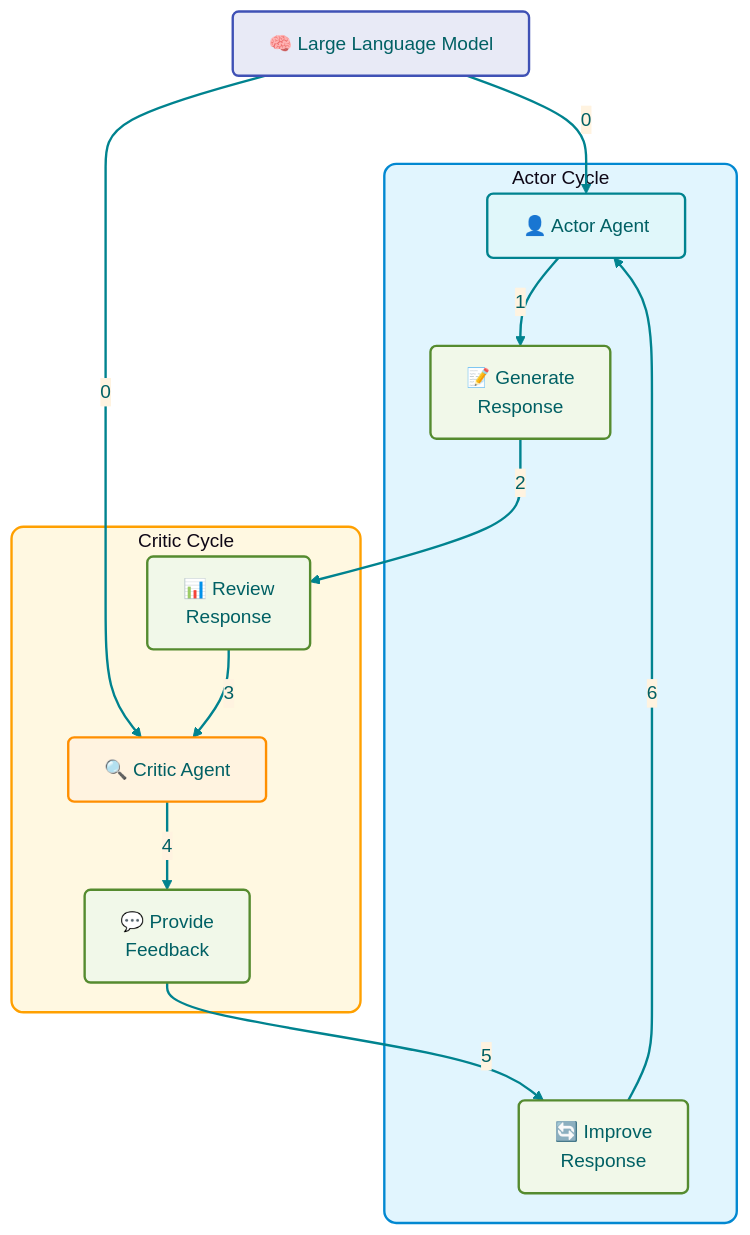
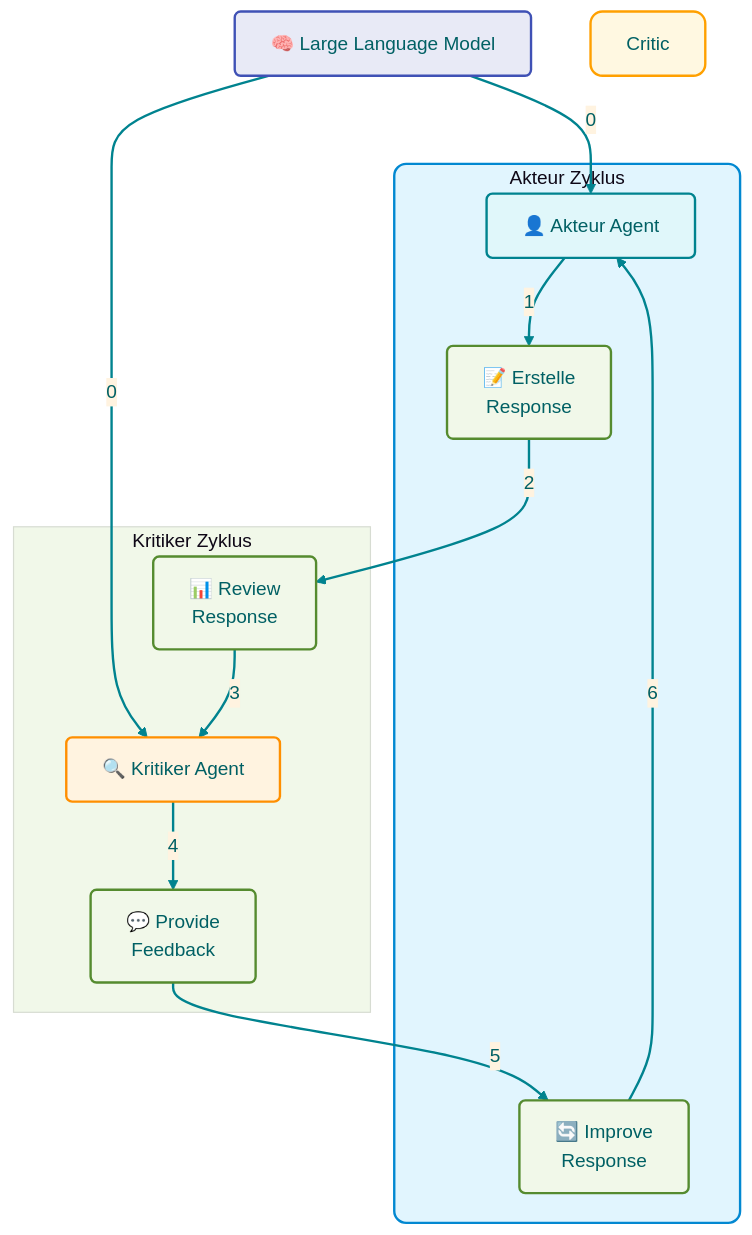
One commit to achimdehnert/Agentic-Workflow-Patterns changed the diagram in mermaid/reflection.mmd. Above: the diagram before and after it, drawn with Mermaid.

Commit message:
language test

```diff
--- a/mermaid/reflection.mmd
+++ b/mermaid/reflection.mmd
@@ -1,48 +1,48 @@
 %%{init: {
   'theme': 'base',
   'themeVariables': {
     'primaryColor': '#e0f7fa',
     'primaryTextColor': '#006064',
     'primaryBorderColor': '#00838f',
     'lineColor': '#00838f',
     'secondaryColor': '#fff3e0',
     'tertiaryColor': '#f1f8e9',
     'fontFamily': 'Arial, sans-serif'
   }
 }}%%
 
 flowchart TB
     classDef default fill:#fff,stroke:#00838f,stroke-width:2px,rx:5,ry:5;
     classDef actor fill:#e0f7fa,stroke:#00838f,stroke-width:2px,rx:5,ry:5;
     classDef critic fill:#fff3e0,stroke:#ff8f00,stroke-width:2px,rx:5,ry:5;
     classDef process fill:#f1f8e9,stroke:#558b2f,stroke-width:2px,rx:5,ry:5;
     classDef llm fill:#e8eaf6,stroke:#3f51b5,stroke-width:2px,rx:5,ry:5;
 
     LLM["🧠 Large Language Model"]:::llm
-    A["👤 Actor Agent"]:::actor
-    C["🔍 Critic Agent"]:::critic
-    G["📝 Generate<br>Response"]:::process
+    A["👤 Akteur Agent"]:::actor
+    C["🔍 Kritiker Agent"]:::critic
+    G["📝 Erstelle<br>Response"]:::process
     R["📊 Review<br>Response"]:::process
     F["💬 Provide<br>Feedback"]:::process
     I["🔄 Improve<br>Response"]:::process
 
     LLM -->|0| A & C
     A -->|1| G -->|2| R -->|3| C
     C -->|4| F -->|5| I -->|6| A
 
-    subgraph Actor ["Actor Cycle"]
+    subgraph Actor ["Akteur Zyklus"]
         A
         G
         I
     end
 
-    subgraph Critic ["Critic Cycle"]
+    subgraph Kritiker ["Kritiker Zyklus"]
         C
         R
         F
     end
 
     style Actor fill:#e1f5fe,stroke:#0288d1,stroke-width:2px,rx:10,ry:10;
     style Critic fill:#fff8e1,stroke:#ffa000,stroke-width:2px,rx:10,ry:10;
 
     linkStyle default stroke:#00838f,stroke-width:2px;
```
